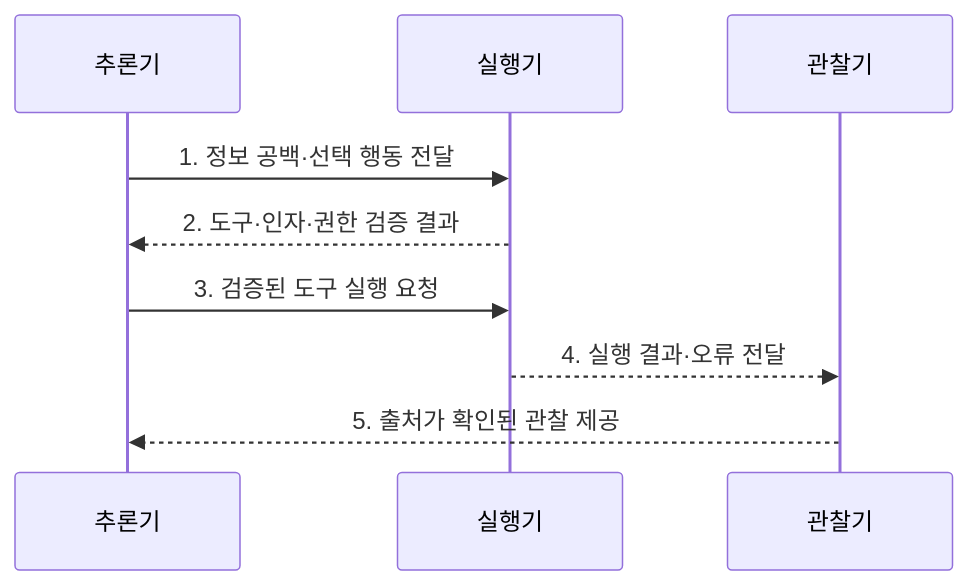
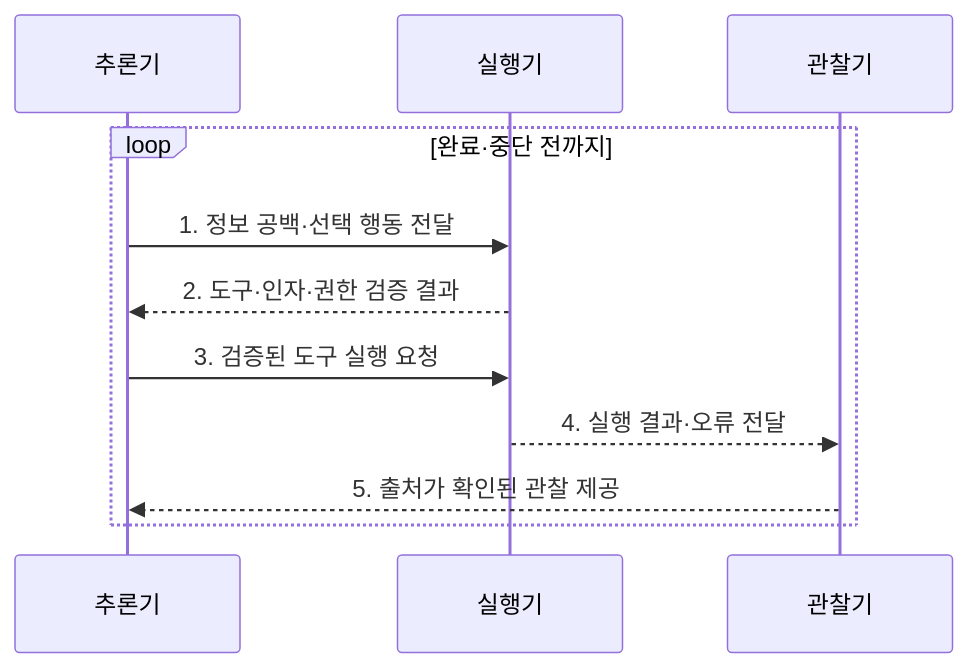
Before and after one commit to agnusdei1207/knowledge-base: the second of 2 diagrams in src/content/docs/notes/08-latest-tech/003_reasoning_and_acting.md, drawn with Mermaid. The commit also changed other lines of this file and 225 other files, not shown here.

````diff
--- a/src/content/docs/notes/08-latest-tech/003_reasoning_and_acting.md
+++ b/src/content/docs/notes/08-latest-tech/003_reasoning_and_acting.md
@@ -77,11 +76,13 @@
 ```mermaid
 sequenceDiagram
     participant R as 추론기
     participant A as 실행기
     participant O as 관찰기
-    R->>A: 1. 정보 공백·선택 행동 전달
-    A-->>R: 2. 도구·인자·권한 검증 결과
-    R->>A: 3. 검증된 도구 실행 요청
-    A-->>O: 4. 실행 결과·오류 전달
-    O-->>R: 5. 출처가 확인된 관찰 제공
+    loop 완료·중단 전까지
+        R->>A: 1. 정보 공백·선택 행동 전달
+        A-->>R: 2. 도구·인자·권한 검증 결과
+        R->>A: 3. 검증된 도구 실행 요청
+        A-->>O: 4. 실행 결과·오류 전달
+        O-->>R: 5. 출처가 확인된 관찰 제공
+    end
 ```
````
